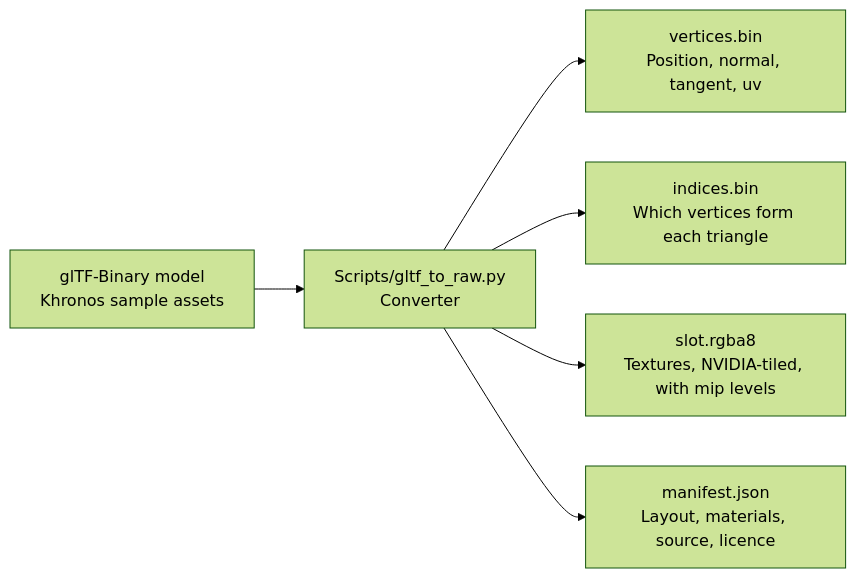
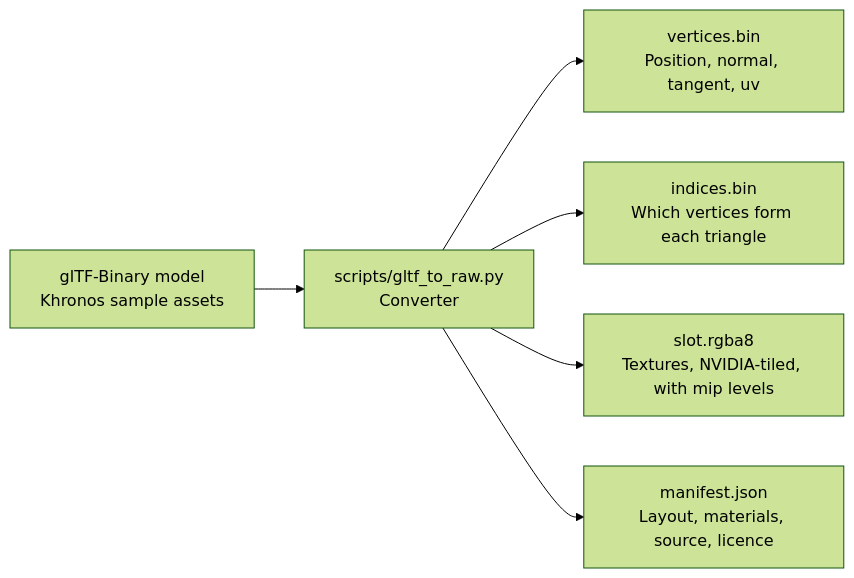
The second of 2 diagrams in docs/architecture/demos.md (0xNikilite/oboromi), drawn with Mermaid (forest theme) before and after one commit. The commit also changed 11 other files, not shown here.

````diff
--- a/docs/architecture/demos.md
+++ b/docs/architecture/demos.md
@@ -85,8 +85,8 @@
 ```mermaid
 flowchart LR
-    GLB["glTF-Binary model<br/>Khronos sample assets"] --> PY["Scripts/gltf_to_raw.py<br/>Converter"]
+    GLB["glTF-Binary model<br/>Khronos sample assets"] --> PY["scripts/gltf_to_raw.py<br/>Converter"]
     PY --> V["vertices.bin<br/>Position, normal, tangent, uv"]
     PY --> I["indices.bin<br/>Which vertices form each triangle"]
     PY --> T["slot.rgba8<br/>Textures, NVIDIA-tiled, with mip levels"]
     PY --> M["manifest.json<br/>Layout, materials, source, licence"]
 ```
````
